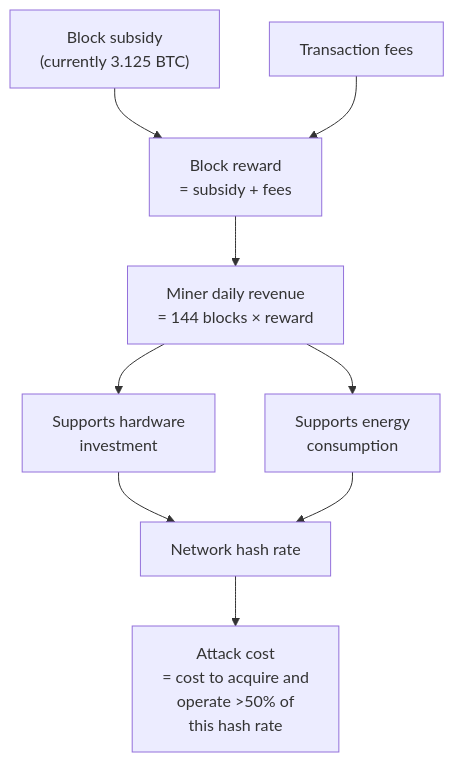
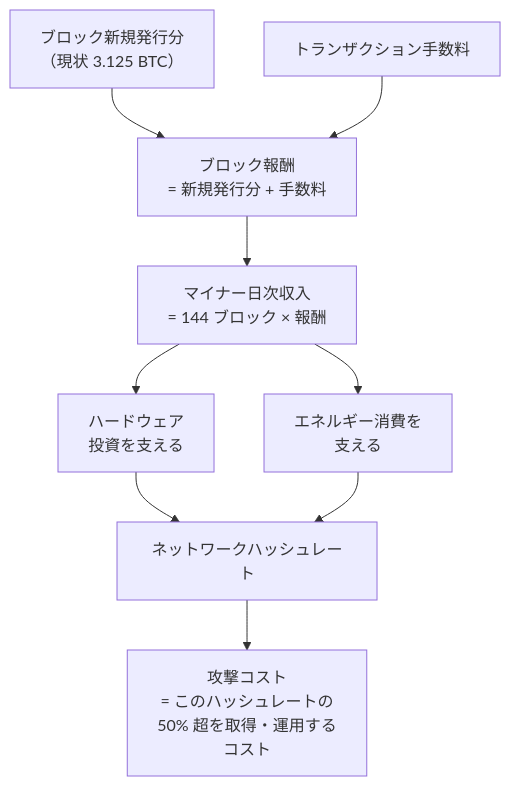
Before and after one commit to cypher256/BitcoinArchive: the seventh of 8 diagrams in src/data/translations/ja/design/2009-01-03-bitcoin-security-model.md, drawn with Mermaid. The commit also changed other lines of this file and 11 other files, not shown here.

````diff
--- a/src/data/translations/ja/design/2009-01-03-bitcoin-security-model.md
+++ b/src/data/translations/ja/design/2009-01-03-bitcoin-security-model.md
@@ -290,11 +290,11 @@
 ```mermaid
 flowchart TD
-    SUBSIDY["Block subsidy\n(currently 3.125 BTC)"] --> REWARD["Block reward\n= subsidy + fees"]
-    FEES["Transaction fees"] --> REWARD
-    REWARD --> REVENUE["Miner daily revenue\n= 144 blocks × reward"]
-    REVENUE --> HARDWARE["Supports hardware\ninvestment"]
-    REVENUE --> ENERGY["Supports energy\nconsumption"]
-    HARDWARE --> HASHRATE["Network hash rate"]
+    SUBSIDY["ブロック新規発行分\n（現状 3.125 BTC）"] --> REWARD["ブロック報酬\n= 新規発行分 + 手数料"]
+    FEES["トランザクション手数料"] --> REWARD
+    REWARD --> REVENUE["マイナー日次収入\n= 144 ブロック × 報酬"]
+    REVENUE --> HARDWARE["ハードウェア\n投資を支える"]
+    REVENUE --> ENERGY["エネルギー消費を\n支える"]
+    HARDWARE --> HASHRATE["ネットワークハッシュレート"]
     ENERGY --> HASHRATE
-    HASHRATE --> COST["Attack cost\n= cost to acquire and\noperate >50% of\nthis hash rate"]
+    HASHRATE --> COST["攻撃コスト\n= このハッシュレートの\n50% 超を取得・運用する\nコスト"]
 ```
````
